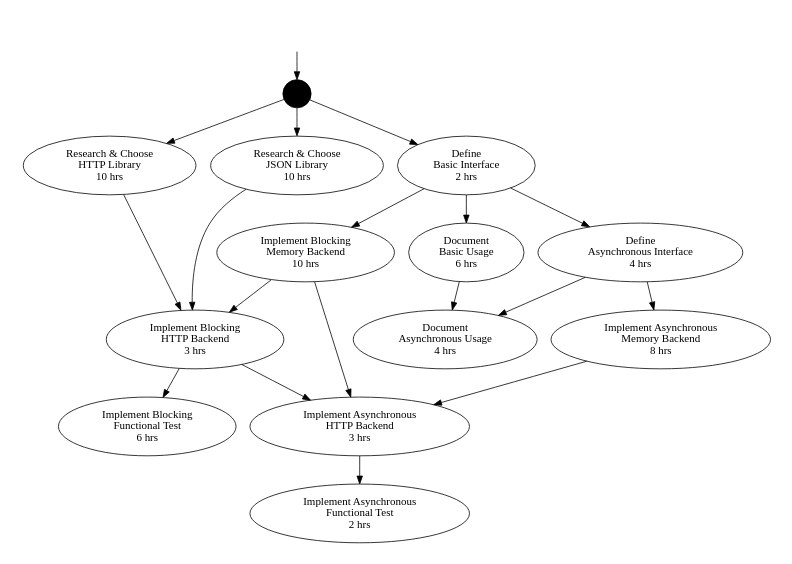
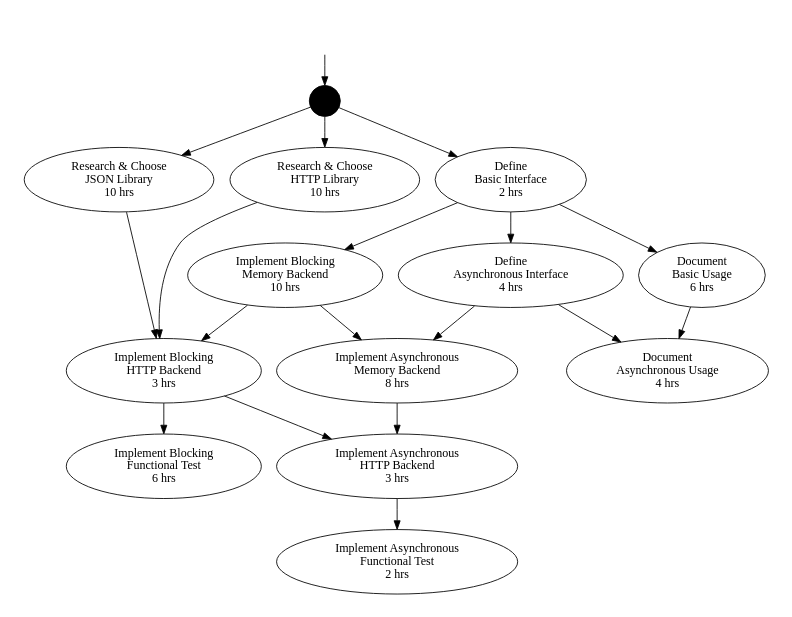
The diagram in ProjectPlan/Java-PERT.dot (OpenStack-Capstone/Internal-Documentation), drawn with Graphviz before and after one commit. The commit also changed 1 other file, not shown here.

Commit message:
Add gantt chart from Tony

```diff
--- a/ProjectPlan/Java-PERT.dot
+++ b/ProjectPlan/Java-PERT.dot
@@ -1,36 +1,43 @@
+/*
+ * git training
+ * javadoc training
+ * maven training
+*/
+
+
 strict digraph JavaPERT {
      size="4!,3!";
 	 s1                [label="", size=".1", peripheries="0"];
      start             [color="black", style="filled", shape="circle", height=".5", label=""];
      res_http          [label="Research & Choose\nHTTP Library\n10 hrs"];
      res_json          [label="Research & Choose\nJSON Library\n10 hrs"];
      def_basic_iface   [label="Define\nBasic Interface\n2 hrs"];
      def_async_iface   [label="Define\nAsynchronous Interface\n4 hrs"];
      init_docs         [label="Document\nBasic Usage\n6 hrs"];
      async_docs        [label="Document\nAsynchronous Usage\n4 hrs"];
      impl_block_http   [label="Implement Blocking\nHTTP Backend\n3 hrs"];
      impl_block_mem    [label="Implement Blocking\nMemory Backend\n10 hrs"];
      impl_async_http   [label="Implement Asynchronous\nHTTP Backend\n3 hrs"];    
      impl_async_mem    [label="Implement Asynchronous\nMemory Backend\n8 hrs"];
      blocking_func     [label="Implement Blocking\nFunctional Test\n6 hrs"]
      async_func        [label="Implement Asynchronous\nFunctional Test\n2 hrs"]
 
      s1               ->  start;
      start            ->  res_http;
      start            ->  res_json;
      start            ->  def_basic_iface;
      res_http         ->  impl_block_http;
      res_json         ->  impl_block_http;
      def_basic_iface  ->  init_docs;
      def_basic_iface  ->  impl_block_mem;
      def_basic_iface  ->  def_async_iface;
      impl_block_mem   ->  impl_block_http;
-     impl_block_mem   ->  impl_async_http;
+     impl_block_mem   ->  impl_async_mem;
      def_async_iface  ->  impl_async_mem;
      def_async_iface  ->  async_docs;
      init_docs        ->  async_docs;
      impl_async_mem   ->  impl_async_http;
      impl_block_http  ->  blocking_func;
      impl_async_http  ->  async_func
      impl_block_http  ->  impl_async_http;
 }
```
